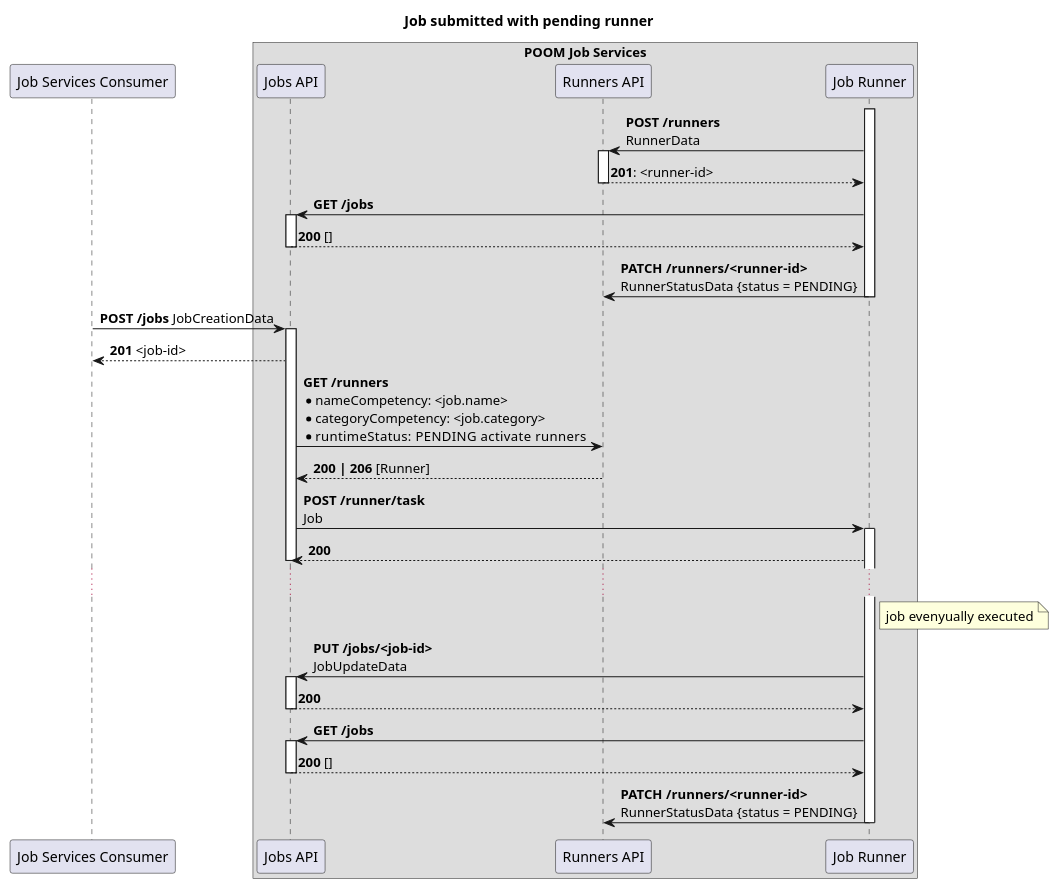
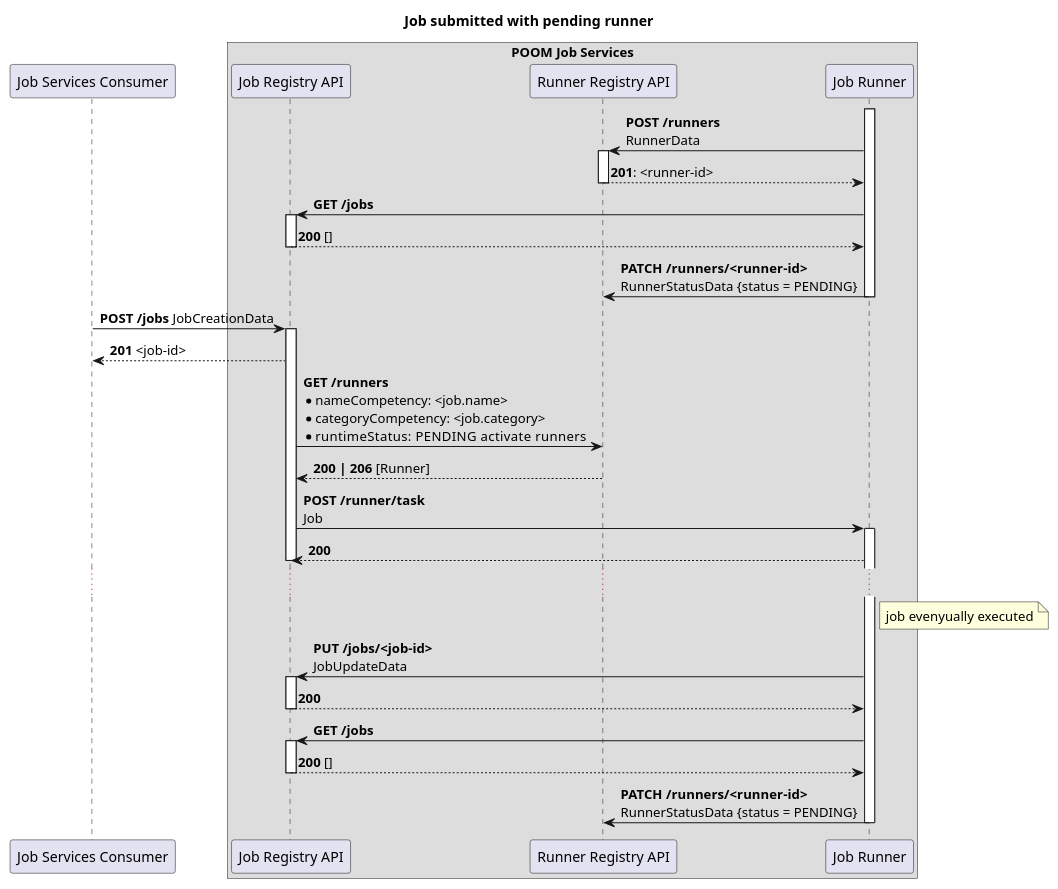
Before and after one commit to flexiooss/poom-services: the first of 2 diagrams in poomjobs/poomjobs-api-spec/doc/poomjobs.puml, drawn with PlantUML. The commit also changed other lines of this file and 8 other files, not shown here.

Commit message:
[poomjobs-api-spec] added runner api [poomjobs-clients] rename module to poomjobs-client[s]

```diff
--- a/poomjobs/poomjobs-api-spec/doc/poomjobs.puml
+++ b/poomjobs/poomjobs-api-spec/doc/poomjobs.puml
@@ -1,53 +1,53 @@
 @startuml
 title Job submitted with pending runner
 
 participant "Job Services Consumer" as client
 box "POOM Job Services"
-    participant "Jobs API" as jobs
-    participant "Runners API" as runners
+    participant "Job Registry API" as jobs
+    participant "Runner Registry API" as runners
     participant "Job Runner" as runner
 end box
 
 activate runner
     runner -> runners: <b>POST /runners</b> \nRunnerData
     activate runners
         runner <-- runners: <b>201</b>: <runner-id>
     deactivate runners
     runner -> jobs: <b>GET /jobs</b>
     activate jobs
         runner <-- jobs: <b>200</b> []
     deactivate jobs
     runner -> runners: <b>PATCH /runners/<runner-id></b> \nRunnerStatusData {status = PENDING}
 deactivate runner
 
 
 client -> jobs: <b>POST /jobs</b> JobCreationData
 activate jobs
     client <-- jobs: <b>201</b> <job-id>
     jobs -> runners: <b>GET /runners</b> \
                 \n* nameCompetency: <job.name> \
                 \n* categoryCompetency: <job.category> \
                 \n* runtimeStatus: PENDING \
     activate runners
         jobs <-- runners: <b>200 | 206</b> [Runner]
     deactivate runners
 
     jobs -> runner: <b>POST /runner/task</b> \nJob
     activate runner
         jobs <-- runner: <b>200</b>
 
 
 deactivate jobs
     ...
     note right of runner: job evenyually executed
     runner -> jobs: <b>PUT /jobs/<job-id></b> \nJobUpdateData
     activate jobs
         runner <-- jobs: <b>200</b>
     deactivate jobs
     runner -> jobs: <b>GET /jobs</b>
     activate jobs
         runner <-- jobs: <b>200</b> []
     deactivate jobs
     runner -> runners: <b>PATCH /runners/<runner-id></b> \nRunnerStatusData {status = PENDING}
 deactivate runner
 @enduml
```
